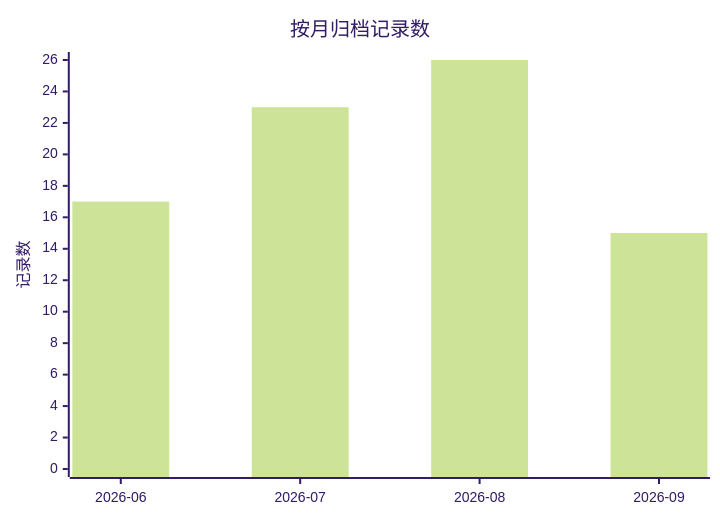
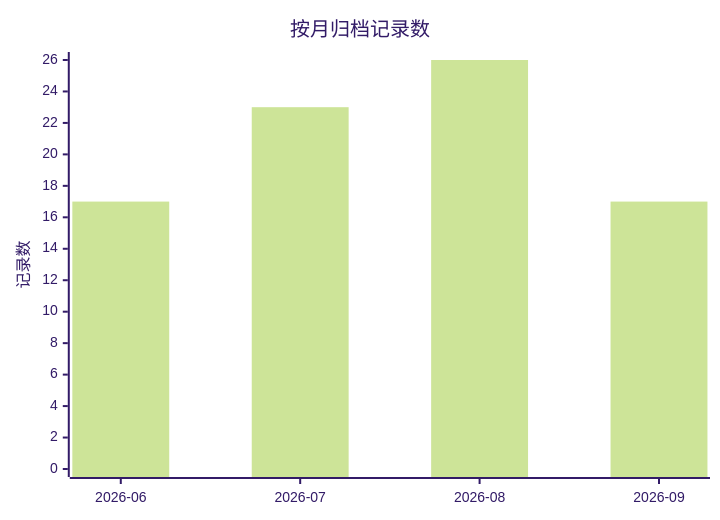
Before and after one commit to golddream-y/obsidian-ratel: the first of 2 diagrams in docs/superpowers/ARCHIVE.md, drawn with Mermaid (forest theme). The commit also changed other lines of this file and 21 other files, not shown here.

````diff
--- a/docs/superpowers/ARCHIVE.md
+++ b/docs/superpowers/ARCHIVE.md
@@ -14,7 +14,7 @@
 ```mermaid
 xychart-beta
     title "按月归档记录数"
     x-axis ["2026-06", "2026-07", "2026-08", "2026-09"]
     y-axis "记录数" 0 --> 26
-    bar [17, 23, 26, 15]
+    bar [17, 23, 26, 17]
 ```
````
